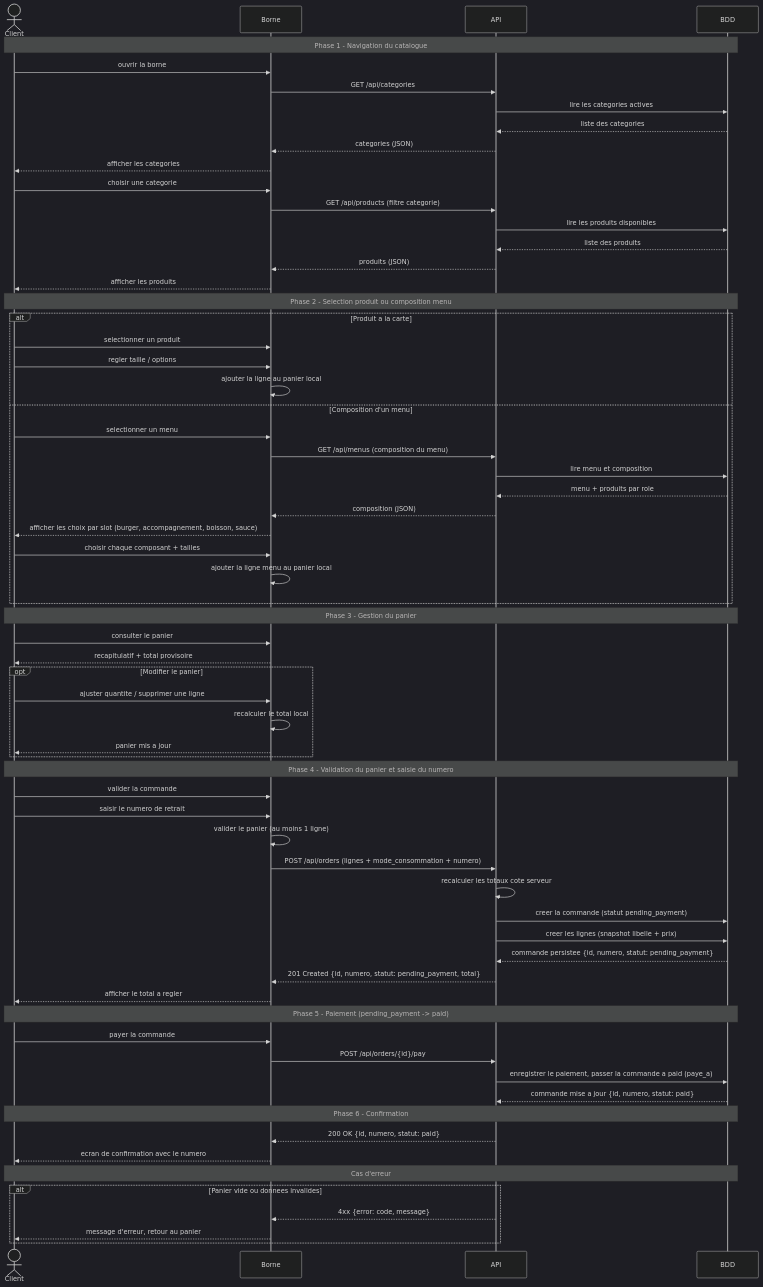
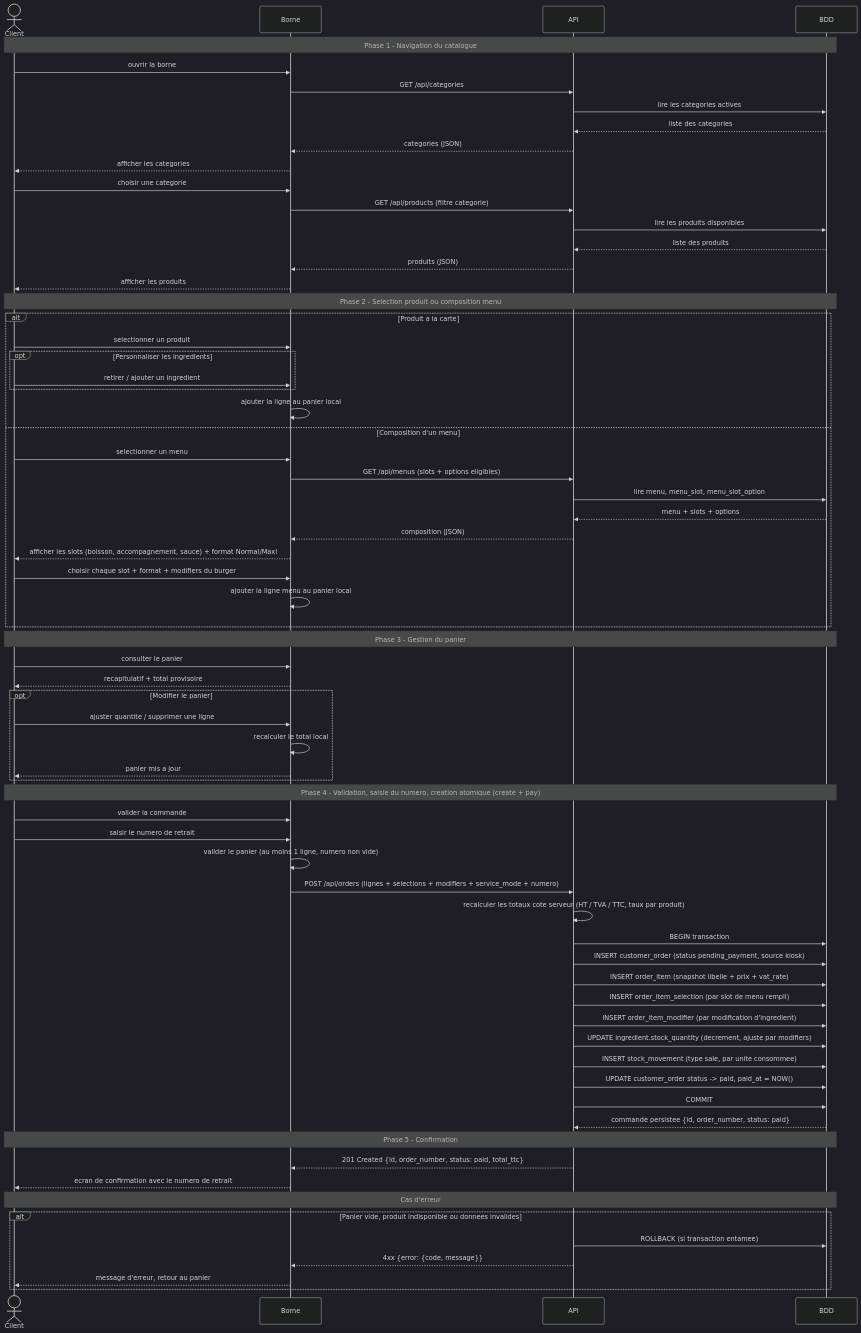
The diagram in docs/uml/sequence-passer-commande.md (AcadeNice/wakdo_corentin), drawn with Mermaid (dark theme) before and after one commit. The commit also changed other lines of this file and 34 other files, not shown here.

````diff
--- a/docs/uml/sequence-passer-commande.md
+++ b/docs/uml/sequence-passer-commande.md
@@ -71,16 +77,18 @@
 
     alt Produit a la carte
         Client->>Borne: selectionner un produit
-        Client->>Borne: regler taille / options
+        opt Personnaliser les ingredients
+            Client->>Borne: retirer / ajouter un ingredient
+        end
         Borne->>Borne: ajouter la ligne au panier local
     else Composition d'un menu
         Client->>Borne: selectionner un menu
-        Borne->>API: GET /api/menus (composition du menu)
-        API->>BDD: lire menu et composition
-        BDD-->>API: menu + produits par role
+        Borne->>API: GET /api/menus (slots + options eligibles)
+        API->>BDD: lire menu, menu_slot, menu_slot_option
+        BDD-->>API: menu + slots + options
         API-->>Borne: composition (JSON)
-        Borne-->>Client: afficher les choix par slot (burger, accompagnement, boisson, sauce)
-        Client->>Borne: choisir chaque composant + tailles
+        Borne-->>Client: afficher les slots (boisson, accompagnement, sauce) + format Normal/Maxi
+        Client->>Borne: choisir chaque slot + format + modifiers du burger
         Borne->>Borne: ajouter la ligne menu au panier local
     end
 
@@ -94,36 +102,35 @@
         Borne-->>Client: panier mis a jour
     end
 
-    Note over Client,BDD: Phase 4 - Validation du panier et saisie du numero
+    Note over Client,BDD: Phase 4 - Validation, saisie du numero, creation atomique (create + pay)
 
     Client->>Borne: valider la commande
     Client->>Borne: saisir le numero de retrait
-    Borne->>Borne: valider le panier (au moins 1 ligne)
-    Borne->>API: POST /api/orders (lignes + mode_consommation + numero)
+    Borne->>Borne: valider le panier (au moins 1 ligne, numero non vide)
+    Borne->>API: POST /api/orders (lignes + selections + modifiers + service_mode + numero)
 
-    API->>API: recalculer les totaux cote serveur
-    API->>BDD: creer la commande (statut pending_payment)
-    API->>BDD: creer les lignes (snapshot libelle + prix)
-    BDD-->>API: commande persistee {id, numero, statut: pending_payment}
-    API-->>Borne: 201 Created {id, numero, statut: pending_payment, total}
-    Borne-->>Client: afficher le total a regler
+    API->>API: recalculer les totaux cote serveur (HT / TVA / TTC, taux par produit)
+    API->>BDD: BEGIN transaction
+    API->>BDD: INSERT customer_order (status pending_payment, source kiosk)
+    API->>BDD: INSERT order_item (snapshot libelle + prix + vat_rate)
+    API->>BDD: INSERT order_item_selection (par slot de menu rempli)
+    API->>BDD: INSERT order_item_modifier (par modification d'ingredient)
+    API->>BDD: UPDATE ingredient.stock_quantity (decrement, ajuste par modifiers)
+    API->>BDD: INSERT stock_movement (type sale, par unite consommee)
+    API->>BDD: UPDATE customer_order status -> paid, paid_at = NOW()
+    API->>BDD: COMMIT
+    BDD-->>API: commande persistee {id, order_number, status: paid}
 
-    Note over Client,BDD: Phase 5 - Paiement (pending_payment -> paid)
+    Note over Client,BDD: Phase 5 - Confirmation
 
-    Client->>Borne: payer la commande
-    Borne->>API: POST /api/orders/{id}/pay
-    API->>BDD: enregistrer le paiement, passer la commande a paid (paye_a)
-    BDD-->>API: commande mise a jour {id, numero, statut: paid}
-
-    Note over Client,BDD: Phase 6 - Confirmation
-
-    API-->>Borne: 200 OK {id, numero, statut: paid}
-    Borne-->>Client: ecran de confirmation avec le numero
+    API-->>Borne: 201 Created {id, order_number, status: paid, total_ttc}
+    Borne-->>Client: ecran de confirmation avec le numero de retrait
 
     Note over Client,BDD: Cas d'erreur
 
-    alt Panier vide ou donnees invalides
-        API-->>Borne: 4xx {error: code, message}
+    alt Panier vide, produit indisponible ou donnees invalides
+        API->>BDD: ROLLBACK (si transaction entamee)
+        API-->>Borne: 4xx {error: {code, message}}
         Borne-->>Client: message d'erreur, retour au panier
     end
 ```
````
